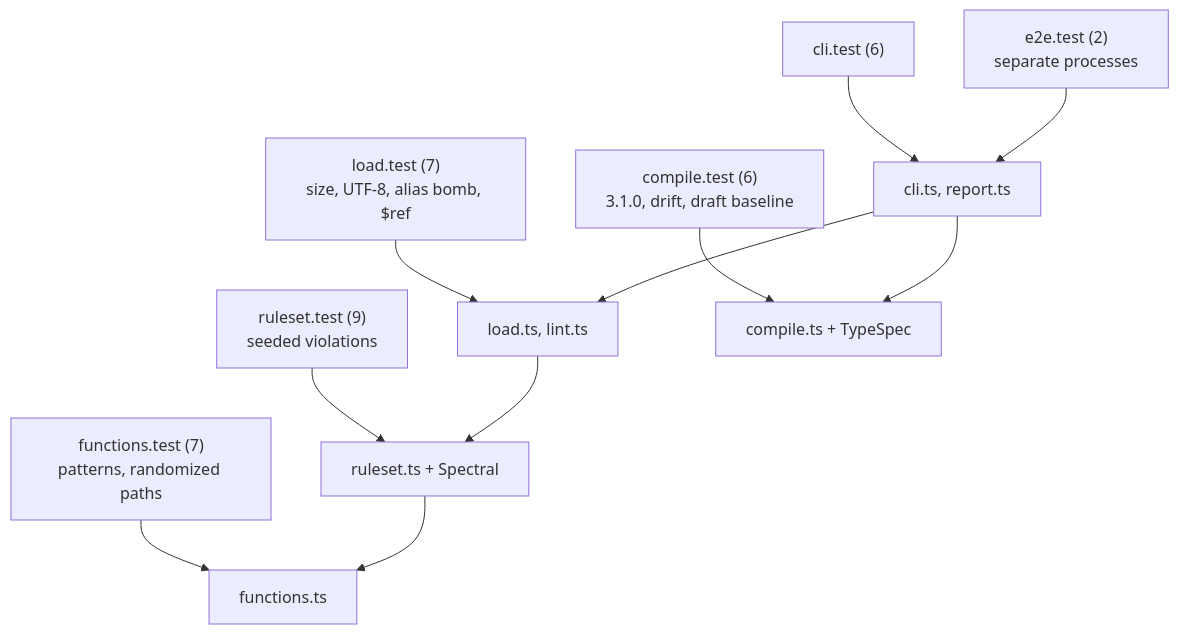
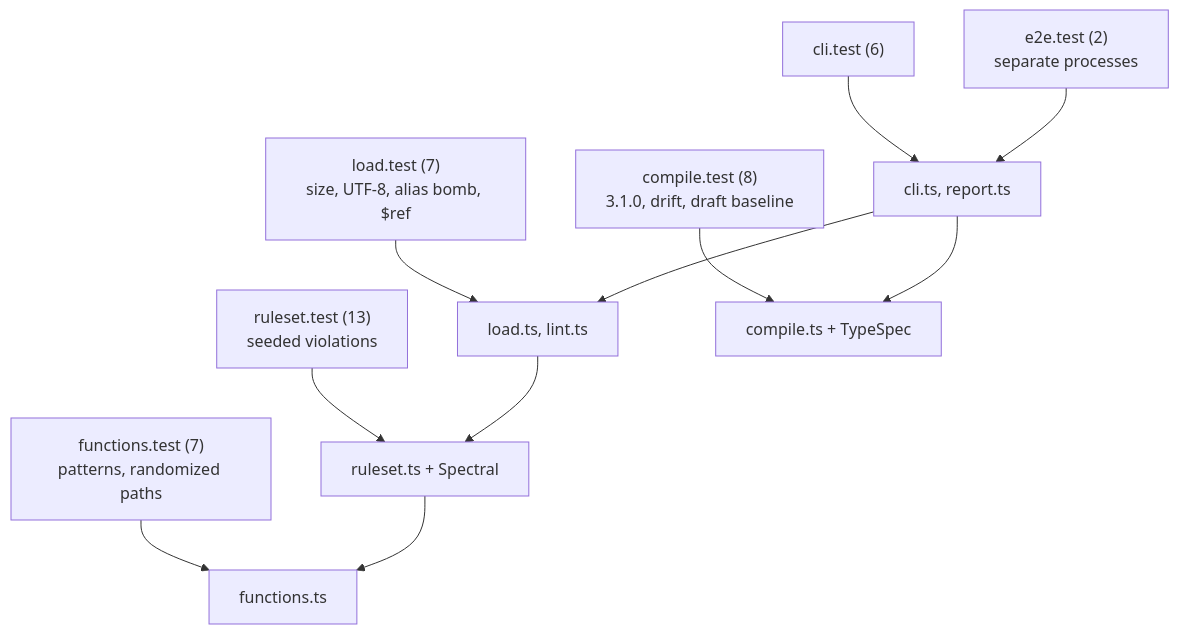
Before and after one commit to EquinoxWN/contract-first-api: the second of 2 diagrams in README.md, drawn with Mermaid. The commit also changed other lines of this file and 3 other files, not shown here.

````diff
--- a/README.md
+++ b/README.md
@@ -141,13 +142,13 @@
 ```mermaid
 flowchart TB
   FN["functions.test (7)<br/>patterns, randomized paths"] --> F["functions.ts"]
-  RS["ruleset.test (9)<br/>seeded violations"] --> R["ruleset.ts + Spectral"]
+  RS["ruleset.test (13)<br/>seeded violations"] --> R["ruleset.ts + Spectral"]
   LD["load.test (7)<br/>size, UTF-8, alias bomb, $ref"] --> L["load.ts, lint.ts"]
-  CP["compile.test (6)<br/>3.1.0, drift, draft baseline"] --> C["compile.ts + TypeSpec"]
+  CP["compile.test (8)<br/>3.1.0, drift, draft baseline"] --> C["compile.ts + TypeSpec"]
   CL["cli.test (6)"] --> CLI["cli.ts, report.ts"]
   E2E["e2e.test (2)<br/>separate processes"] --> CLI
   R --> F
   CLI --> C
   CLI --> L
   L --> R
 ```
````
